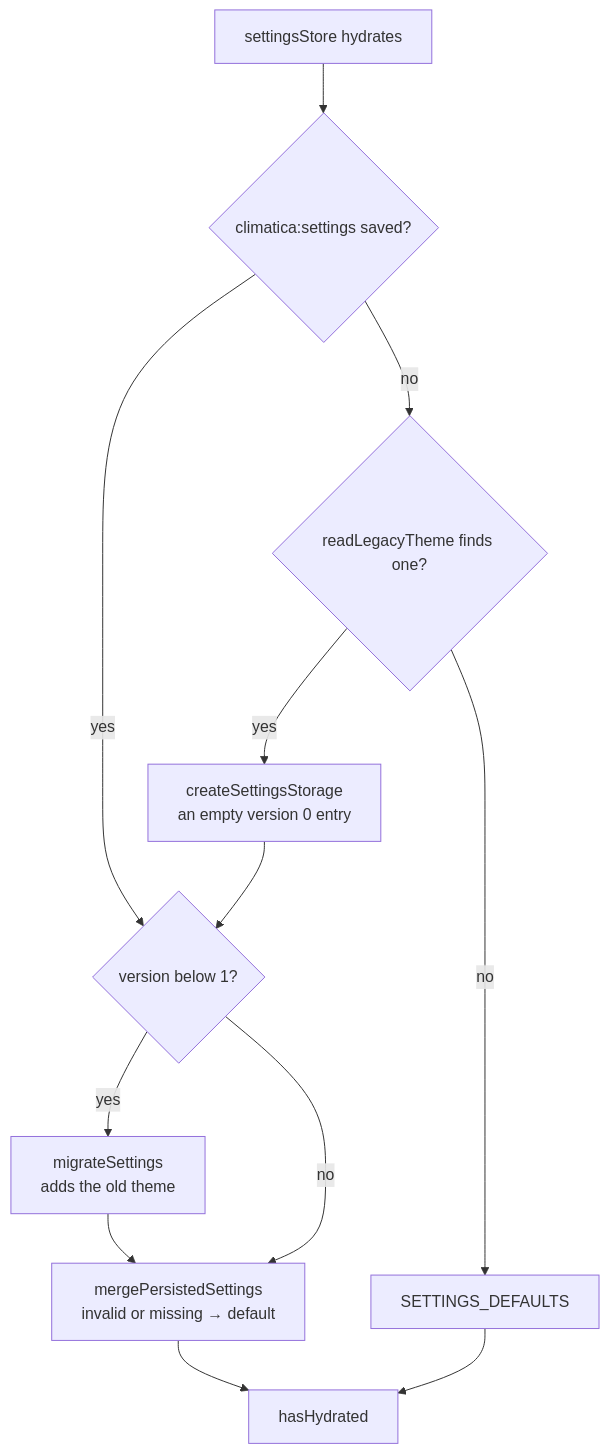
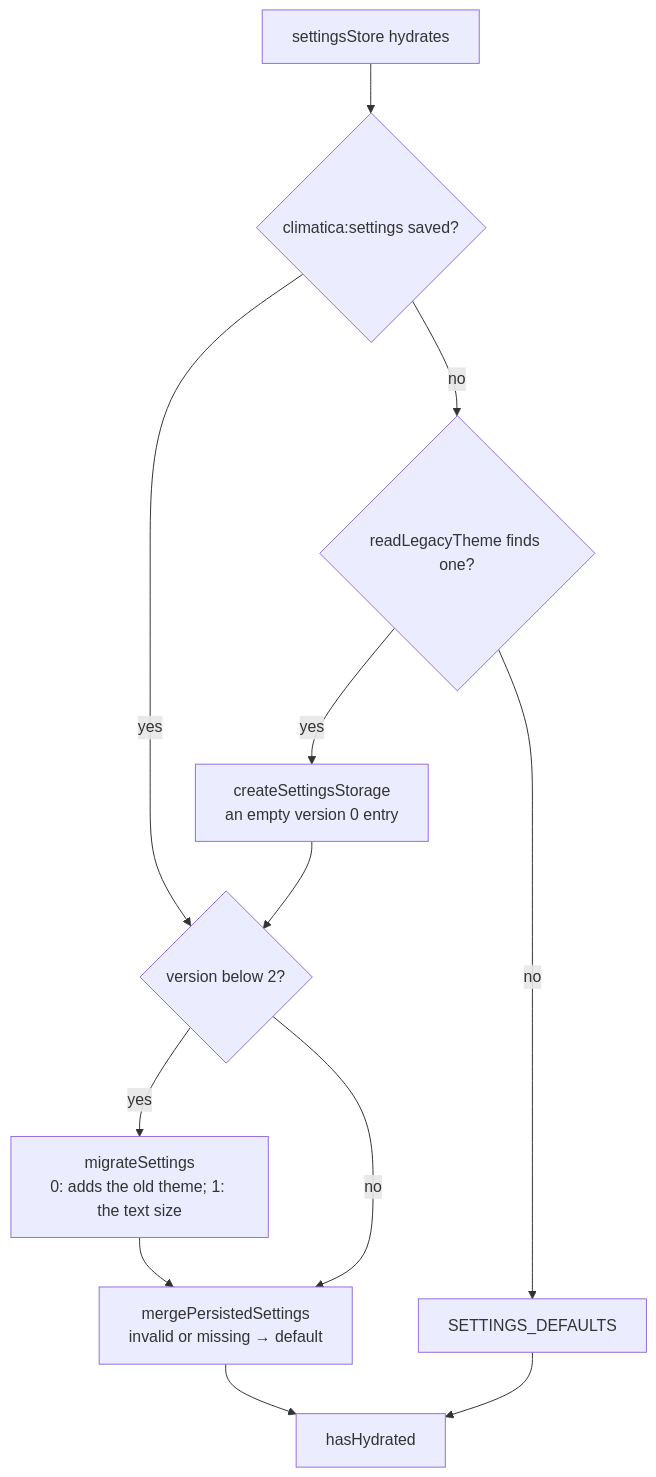
The diagram in docs/settings.md (ClimaticaHQ/climatica-nextjs), drawn with Mermaid before and after one commit. The commit also changed other lines of this file and 171 other files, not shown here.

````diff
--- a/docs/settings.md
+++ b/docs/settings.md
@@ -41,14 +42,14 @@
 ```mermaid
 flowchart TD
   load["settingsStore hydrates"] --> saved{"climatica:settings saved?"}
-  saved -- yes --> version{"version below 1?"}
+  saved -- yes --> version{"version below 2?"}
   saved -- no --> legacy{"readLegacyTheme finds one?"}
   legacy -- yes --> empty["createSettingsStorage<br/>an empty version 0 entry"]
   legacy -- no --> defaults["SETTINGS_DEFAULTS"]
   defaults --> hydrated
   empty --> version
-  version -- yes --> migrate["migrateSettings<br/>adds the old theme"]
+  version -- yes --> migrate["migrateSettings<br/>0: adds the old theme; 1: the text size"]
   version -- no --> merge["mergePersistedSettings<br/>invalid or missing → default"]
   migrate --> merge
   merge --> hydrated["hasHydrated"]
 ```
````
